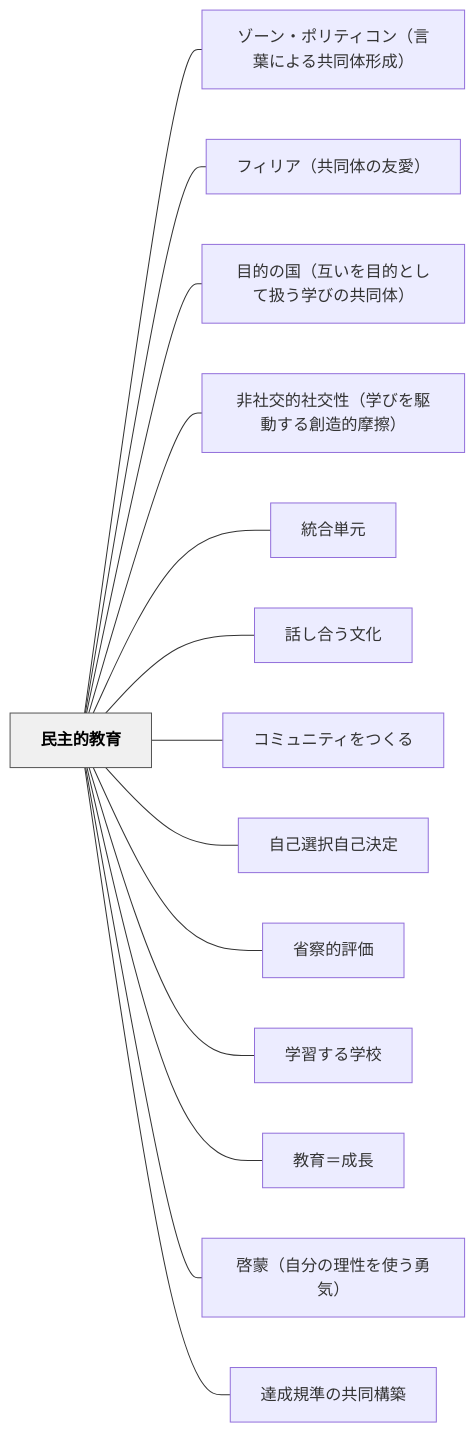
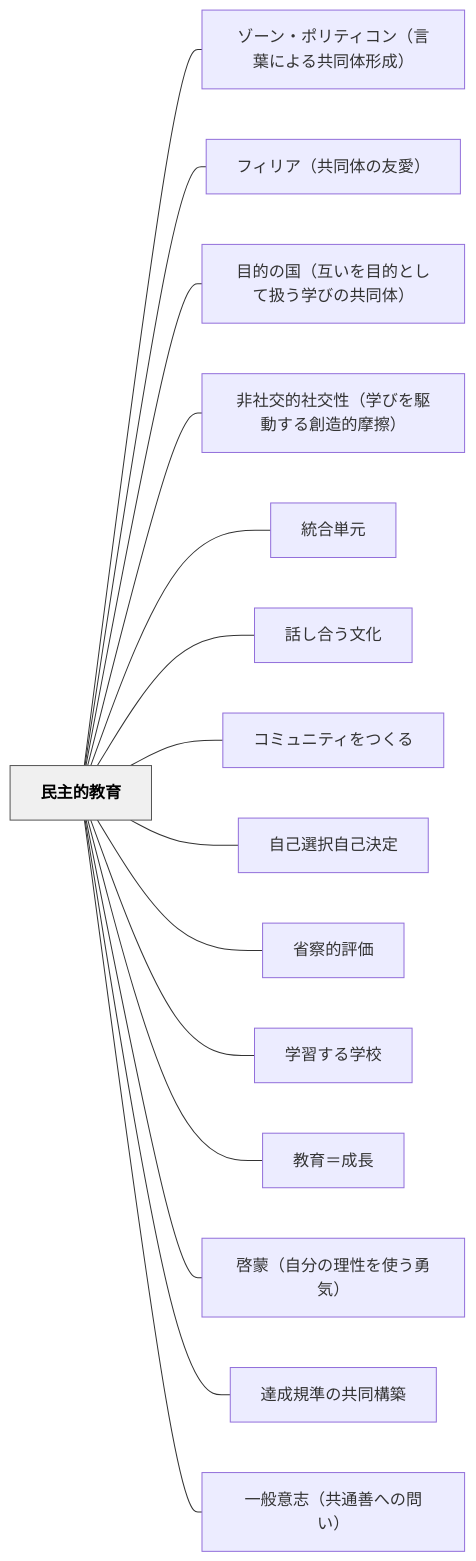
One commit to unknownthings-ed-patterns/unknownthings-ed-patterns changed the diagram in content/パタン/民主的教育.md. Above: the diagram before and after it, drawn with Mermaid. The commit also changed other lines of this file and 158 other files, not shown here.

````diff
--- a/content/パタン/民主的教育.md
+++ b/content/パタン/民主的教育.md
@@ -156,34 +243,36 @@
 ```mermaid
 flowchart LR
     ne6b091e4b8bbe79a84e69599e882b2["民主的教育"]
     ne382bee383bce383b3e383bbe3839de383aae38386e382a3e382b3e383b3efbc88e8a880e89189e381abe38288e3828be585b1e5908ce4bd93e5bda2e68890efbc89["ゾーン・ポリティコン（言葉による共同体形成）"]
     ne38395e382a3e383aae382a2efbc88e585b1e5908ce4bd93e381aee58f8be6849befbc89["フィリア（共同体の友愛）"]
     ne79baee79a84e381aee59bbdefbc88e4ba92e38184e38292e79baee79a84e381a8e38197e381a6e689b1e38186e5ada6e381b3e381aee585b1e5908ce4bd93efbc89["目的の国（互いを目的として扱う学びの共同体）"]
     ne99d9ee7a4bee4baa4e79a84e7a4bee4baa4e680a7efbc88e5ada6e381b3e38292e9a786e58b95e38199e3828be589b5e980a0e79a84e691a9e693a6efbc89["非社交的社交性（学びを駆動する創造的摩擦）"]
     ne7b5b1e59088e58d98e58583["統合単元"]
     ne8a9b1e38197e59088e38186e69687e58c96["話し合う文化"]
     ne382b3e3839fe383a5e3838be38386e382a3e38292e381a4e3818fe3828b["コミュニティをつくる"]
     ne887aae5b7b1e981b8e68a9ee887aae5b7b1e6b1bae5ae9a["自己選択自己決定"]
     ne79c81e5af9fe79a84e8a995e4bea1["省察的評価"]
     ne5ada6e7bf92e38199e3828be5ada6e6a0a1["学習する学校"]
     ne69599e882b2efbc9de68890e995b7["教育＝成長"]
     ne59593e89299efbc88e887aae58886e381aee79086e680a7e38292e4bdbfe38186e58b87e6b097efbc89["啓蒙（自分の理性を使う勇気）"]
     ne98194e68890e8a68fe6ba96e381aee585b1e5908ce6a78be7af89["達成規準の共同構築"]
+    ne4b880e888ace6848fe5bf97efbc88e585b1e9809ae59684e381b8e381aee5958fe38184efbc89["一般意志（共通善への問い）"]
 
     ne6b091e4b8bbe79a84e69599e882b2 --- ne382bee383bce383b3e383bbe3839de383aae38386e382a3e382b3e383b3efbc88e8a880e89189e381abe38288e3828be585b1e5908ce4bd93e5bda2e68890efbc89
     ne6b091e4b8bbe79a84e69599e882b2 --- ne38395e382a3e383aae382a2efbc88e585b1e5908ce4bd93e381aee58f8be6849befbc89
     ne6b091e4b8bbe79a84e69599e882b2 --- ne79baee79a84e381aee59bbdefbc88e4ba92e38184e38292e79baee79a84e381a8e38197e381a6e689b1e38186e5ada6e381b3e381aee585b1e5908ce4bd93efbc89
     ne6b091e4b8bbe79a84e69599e882b2 --- ne99d9ee7a4bee4baa4e79a84e7a4bee4baa4e680a7efbc88e5ada6e381b3e38292e9a786e58b95e38199e3828be589b5e980a0e79a84e691a9e693a6efbc89
     ne6b091e4b8bbe79a84e69599e882b2 --- ne7b5b1e59088e58d98e58583
     ne6b091e4b8bbe79a84e69599e882b2 --- ne8a9b1e38197e59088e38186e69687e58c96
     ne6b091e4b8bbe79a84e69599e882b2 --- ne382b3e3839fe383a5e3838be38386e382a3e38292e381a4e3818fe3828b
     ne6b091e4b8bbe79a84e69599e882b2 --- ne887aae5b7b1e981b8e68a9ee887aae5b7b1e6b1bae5ae9a
     ne6b091e4b8bbe79a84e69599e882b2 --- ne79c81e5af9fe79a84e8a995e4bea1
     ne6b091e4b8bbe79a84e69599e882b2 --- ne5ada6e7bf92e38199e3828be5ada6e6a0a1
     ne6b091e4b8bbe79a84e69599e882b2 --- ne69599e882b2efbc9de68890e995b7
     ne6b091e4b8bbe79a84e69599e882b2 --- ne59593e89299efbc88e887aae58886e381aee79086e680a7e38292e4bdbfe38186e58b87e6b097efbc89
     ne6b091e4b8bbe79a84e69599e882b2 --- ne98194e68890e8a68fe6ba96e381aee585b1e5908ce6a78be7af89
+    ne6b091e4b8bbe79a84e69599e882b2 --- ne4b880e888ace6848fe5bf97efbc88e585b1e9809ae59684e381b8e381aee5958fe38184efbc89
 
     classDef hub fill:#f0f0f0,stroke:#555,color:#000,font-weight:bold
     class ne6b091e4b8bbe79a84e69599e882b2 hub
 ```
````
